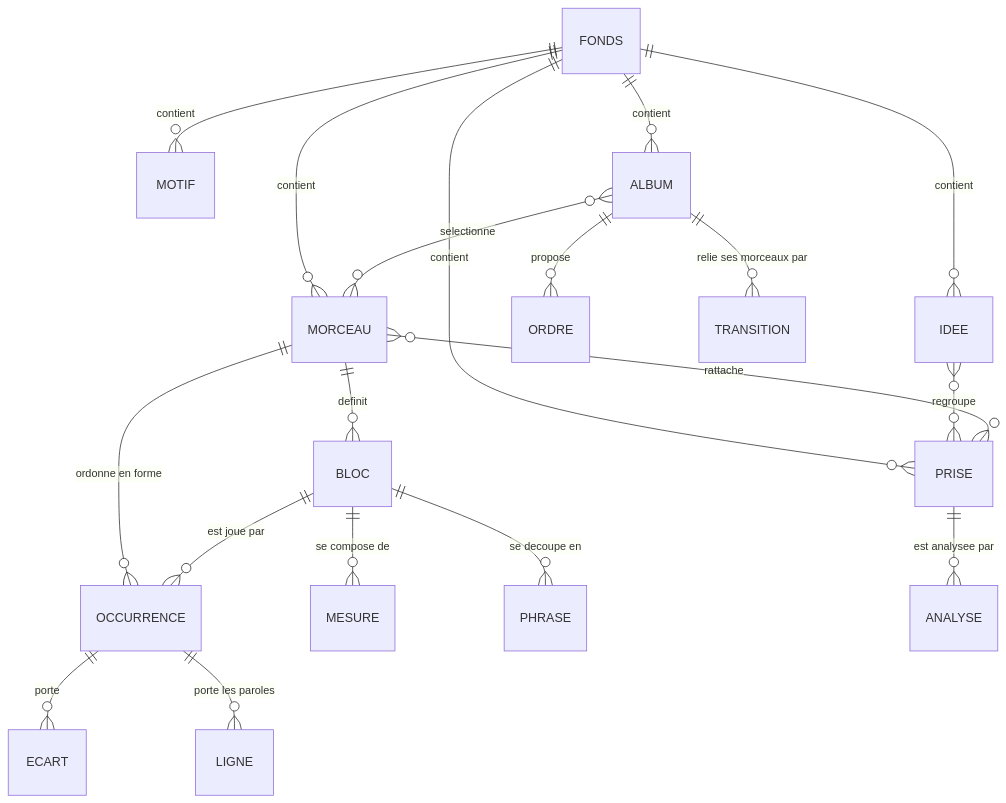
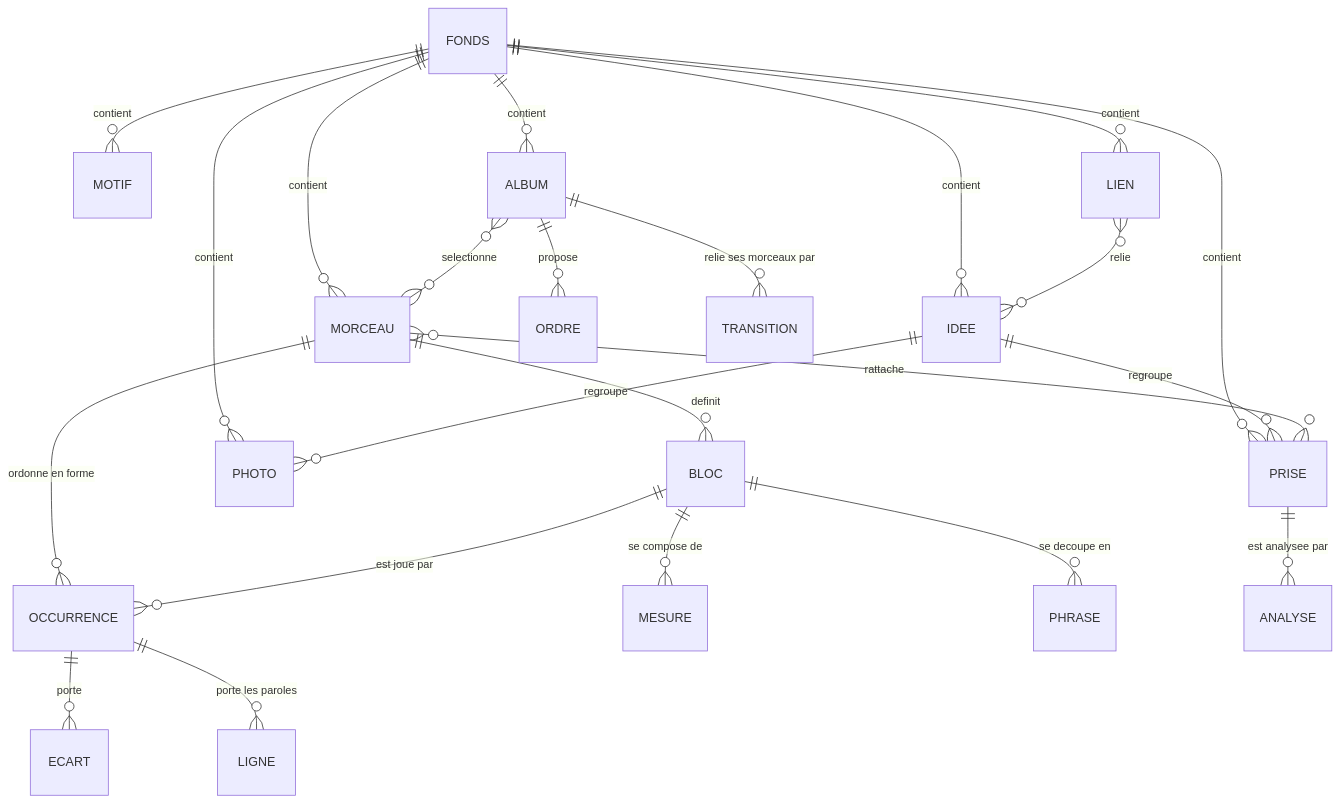
Before and after one commit to EdouardZemb/pupitre: the seventh of 7 diagrams in docs/30-modele-de-domaine.md, drawn with Mermaid. The commit also changed other lines of this file and 24 other files, not shown here.

````diff
--- a/docs/30-modele-de-domaine.md
+++ b/docs/30-modele-de-domaine.md
@@ -564,21 +727,25 @@
 ```mermaid
 erDiagram
   FONDS ||--o{ IDEE : contient
   FONDS ||--o{ MOTIF : contient
   FONDS ||--o{ PRISE : contient
+  FONDS ||--o{ PHOTO : contient
+  FONDS ||--o{ LIEN : contient
   FONDS ||--o{ MORCEAU : contient
   FONDS ||--o{ ALBUM : contient
-  IDEE }o--o{ PRISE : regroupe
+  IDEE ||--o{ PRISE : regroupe
+  IDEE ||--o{ PHOTO : regroupe
+  LIEN }o--o{ IDEE : relie
   MORCEAU ||--o{ BLOC : definit
   MORCEAU ||--o{ OCCURRENCE : "ordonne en forme"
   BLOC ||--o{ OCCURRENCE : "est joue par"
   BLOC ||--o{ MESURE : "se compose de"
   BLOC ||--o{ PHRASE : "se decoupe en"
   OCCURRENCE ||--o{ ECART : porte
   OCCURRENCE ||--o{ LIGNE : "porte les paroles"
   MORCEAU }o--o{ PRISE : rattache
   PRISE ||--o{ ANALYSE : "est analysee par"
   ALBUM }o--o{ MORCEAU : selectionne
   ALBUM ||--o{ ORDRE : propose
   ALBUM ||--o{ TRANSITION : "relie ses morceaux par"
 ```
````
